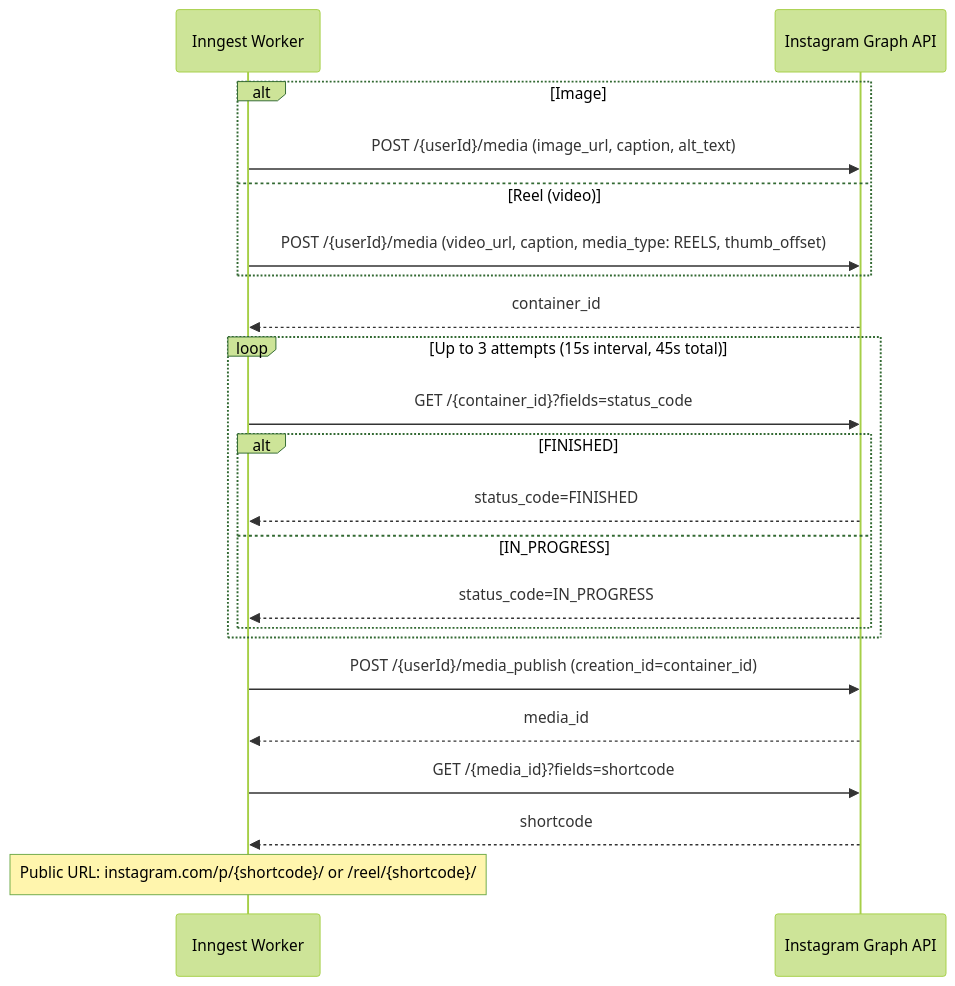
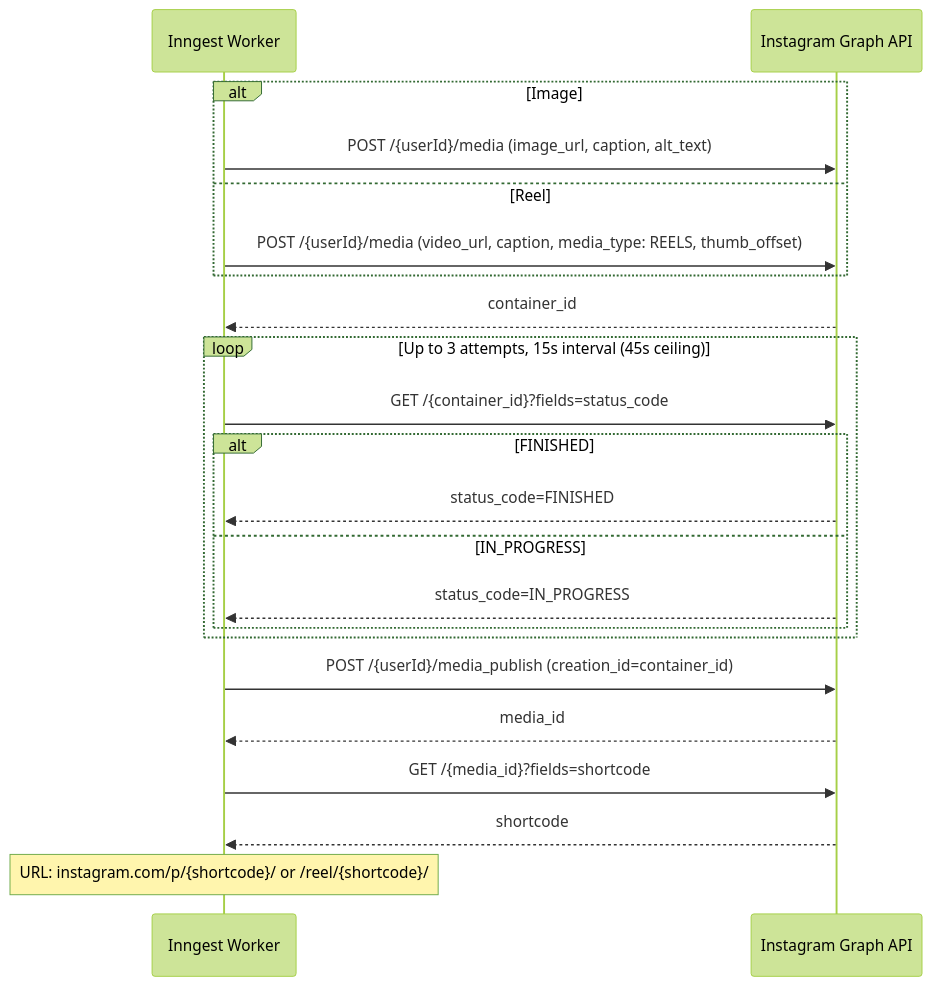
The fifth of 5 diagrams in docs/PLATFORMS.md (Andy00L/sharetopus), drawn with Mermaid (forest theme) before and after one commit. The commit also changed other lines of this file and 23 other files, not shown here.

````diff
--- a/docs/PLATFORMS.md
+++ b/docs/PLATFORMS.md
@@ -162,28 +273,28 @@
 ```mermaid
 sequenceDiagram
     participant Worker as Inngest Worker
     participant IG as Instagram Graph API
 
     alt Image
         Worker->>IG: POST /{userId}/media (image_url, caption, alt_text)
-    else Reel (video)
+    else Reel
         Worker->>IG: POST /{userId}/media (video_url, caption, media_type: REELS, thumb_offset)
     end
     IG-->>Worker: container_id
 
-    loop Up to 3 attempts (15s interval, 45s total)
+    loop Up to 3 attempts, 15s interval (45s ceiling)
         Worker->>IG: GET /{container_id}?fields=status_code
         alt FINISHED
             IG-->>Worker: status_code=FINISHED
         else IN_PROGRESS
             IG-->>Worker: status_code=IN_PROGRESS
         end
     end
 
     Worker->>IG: POST /{userId}/media_publish (creation_id=container_id)
     IG-->>Worker: media_id
 
     Worker->>IG: GET /{media_id}?fields=shortcode
     IG-->>Worker: shortcode
-    Note over Worker: Public URL: instagram.com/p/{shortcode}/ or /reel/{shortcode}/
+    Note over Worker: URL: instagram.com/p/{shortcode}/ or /reel/{shortcode}/
 ```
````
